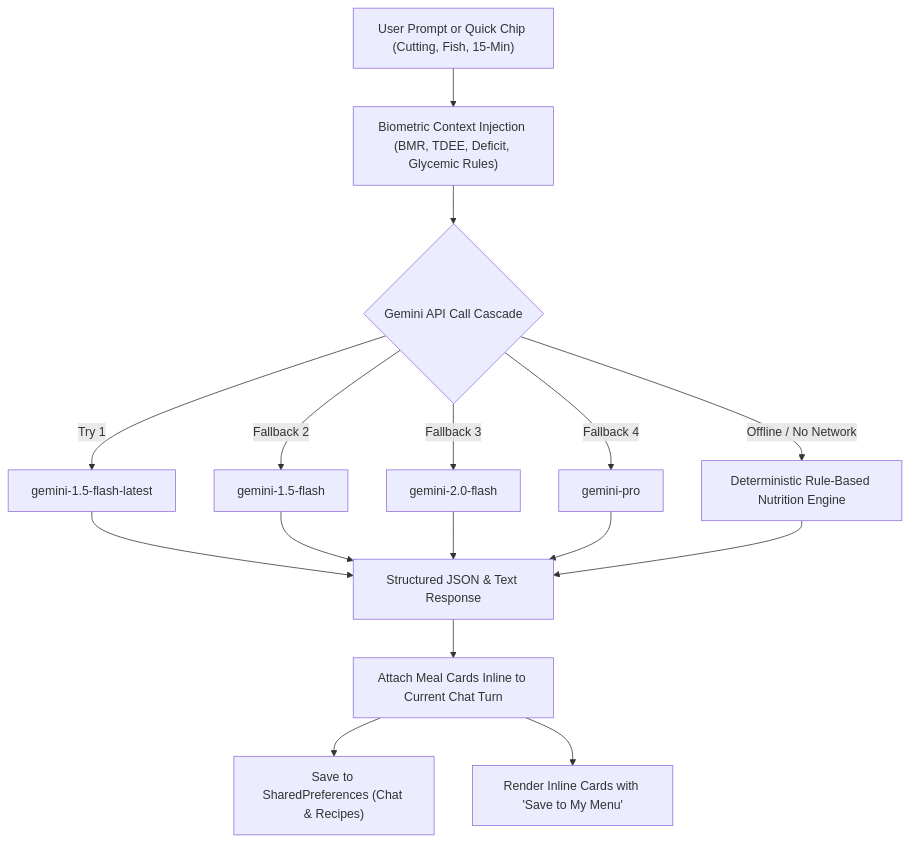
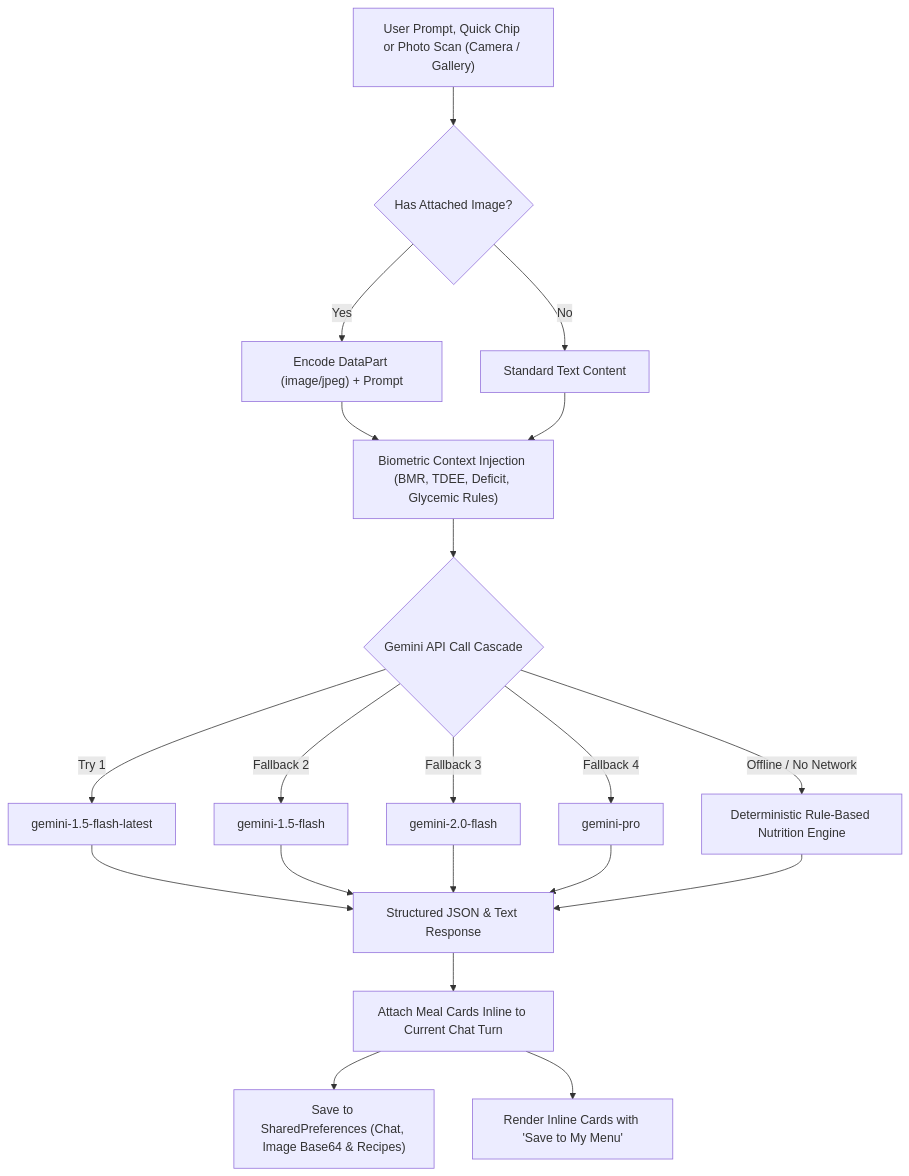
One commit to LiviuOloi/panda-fit changed the seventh of 7 diagrams in ARCHITECTURE.md. Above: the diagram before and after it, drawn with Mermaid. The commit also changed 7 other files, not shown here.

Commit message:
feat(nutrition): add multimodal photo scanning for nutrition labels and AI meal generation

````diff
--- a/ARCHITECTURE.md
+++ b/ARCHITECTURE.md
@@ -253,21 +253,25 @@
 ```mermaid
 graph TD
-    UserQuery["User Prompt or Quick Chip (Cutting, Fish, 15-Min)"] --> GuardrailCheck["Biometric Context Injection (BMR, TDEE, Deficit, Glycemic Rules)"]
+    UserQuery["User Prompt, Quick Chip or Photo Scan (Camera / Gallery)"] --> MultimodalCheck{"Has Attached Image?"}
+    MultimodalCheck -->|Yes| DataPartInject["Encode DataPart (image/jpeg) + Prompt"]
+    MultimodalCheck -->|No| TextOnlyInject["Standard Text Content"]
+    DataPartInject --> GuardrailCheck["Biometric Context Injection (BMR, TDEE, Deficit, Glycemic Rules)"]
+    TextOnlyInject --> GuardrailCheck
     GuardrailCheck --> FallbackCascade{"Gemini API Call Cascade"}
     
     FallbackCascade -->|Try 1| Model1["gemini-1.5-flash-latest"]
     FallbackCascade -->|Fallback 2| Model2["gemini-1.5-flash"]
     FallbackCascade -->|Fallback 3| Model3["gemini-2.0-flash"]
     FallbackCascade -->|Fallback 4| Model4["gemini-pro"]
     FallbackCascade -->|Offline / No Network| OfflineEngine["Deterministic Rule-Based Nutrition Engine"]
     
     Model1 --> ParsedResult["Structured JSON & Text Response"]
     Model2 --> ParsedResult
     Model3 --> ParsedResult
     Model4 --> ParsedResult
     OfflineEngine --> ParsedResult
     
     ParsedResult --> AttachInline["Attach Meal Cards Inline to Current Chat Turn"]
-    AttachInline --> LocalPersistence["Save to SharedPreferences (Chat & Recipes)"]
+    AttachInline --> LocalPersistence["Save to SharedPreferences (Chat, Image Base64 & Recipes)"]
     AttachInline --> UI["Render Inline Cards with 'Save to My Menu'"]
 ```
````
